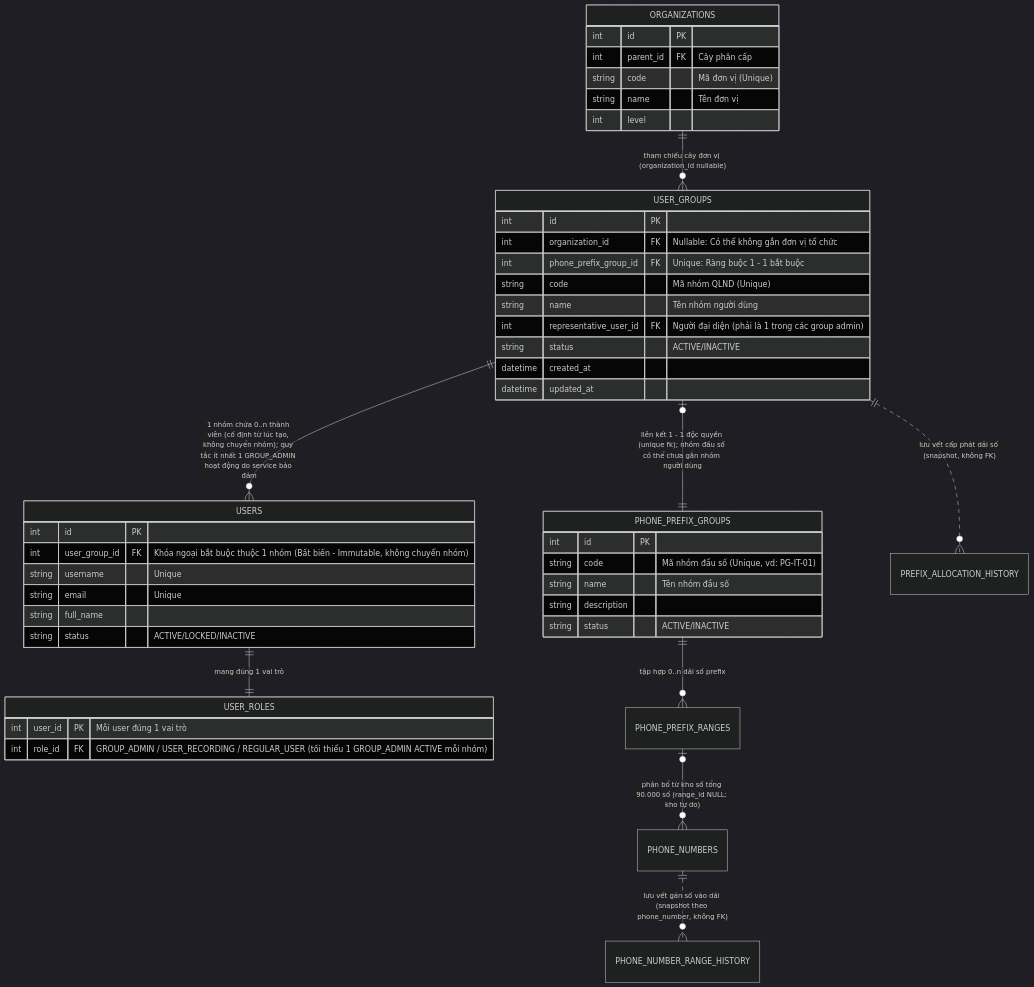
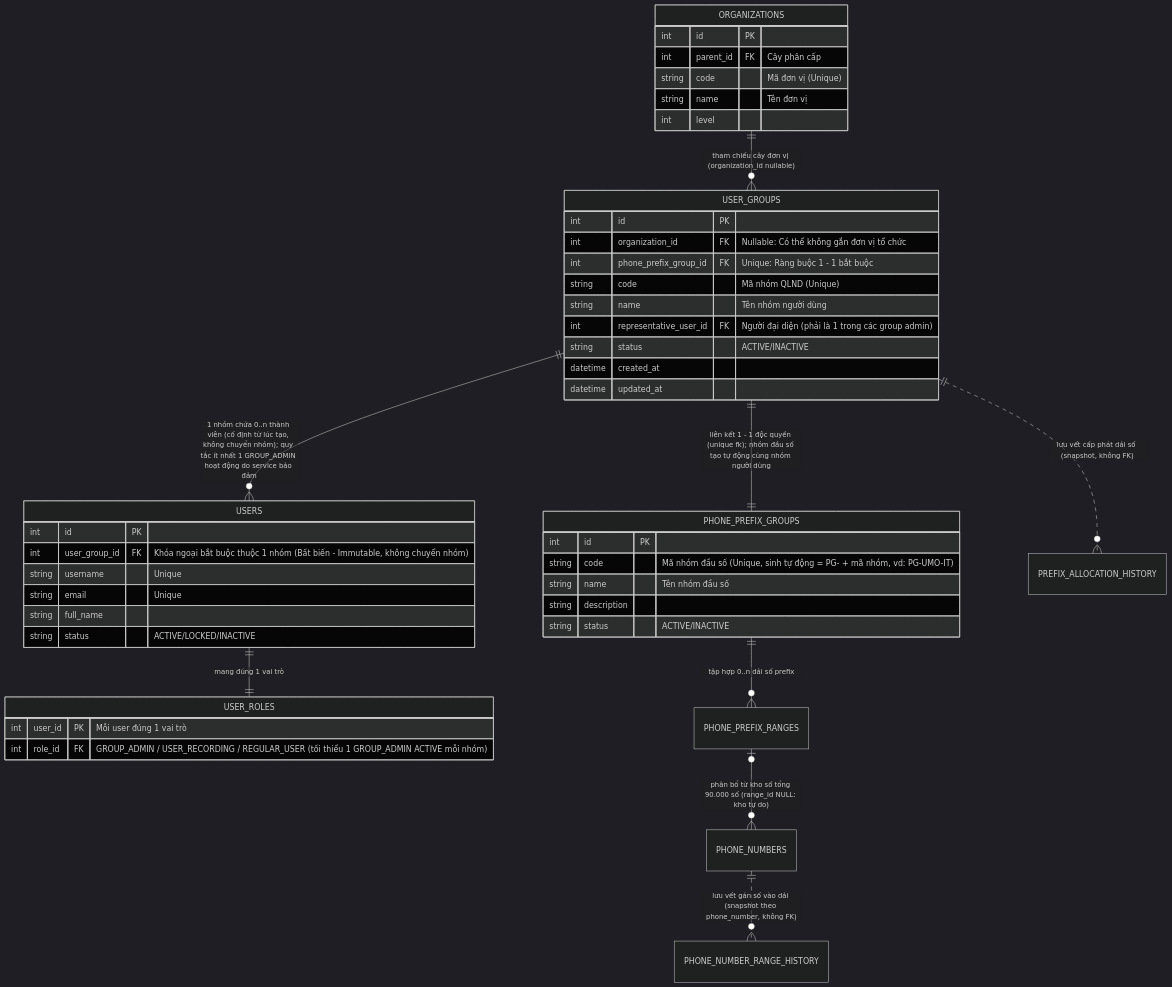
The diagram in docs/modules/02_user_group.md (baobdevnit/evncdras), drawn with Mermaid (dark theme) before and after one commit. The commit also changed other lines of this file and 7 other files, not shown here.

First line of the commit message:
docs: rà soát CSDL lần 10, làm gọn nhóm đầu số và job thống kê

````diff
--- a/docs/modules/02_user_group.md
+++ b/docs/modules/02_user_group.md
@@ -52,53 +52,53 @@
 ```mermaid
 erDiagram
     ORGANIZATIONS ||--o{ USER_GROUPS : "tham chiếu cây đơn vị (organization_id nullable)"
-    USER_GROUPS |o--|| PHONE_PREFIX_GROUPS : "liên kết 1 - 1 độc quyền (unique fk); nhóm đầu số có thể chưa gắn nhóm người dùng"
+    USER_GROUPS ||--|| PHONE_PREFIX_GROUPS : "liên kết 1 - 1 độc quyền (unique fk); nhóm đầu số tạo tự động cùng nhóm người dùng"
     USER_GROUPS ||--o{ USERS : "1 nhóm chứa 0..n thành viên (cố định từ lúc tạo, không chuyển nhóm); quy tắc ít nhất 1 GROUP_ADMIN hoạt động do service bảo đảm"
     USERS ||--|| USER_ROLES : "mang đúng 1 vai trò"
     PHONE_PREFIX_GROUPS ||--o{ PHONE_PREFIX_RANGES : "tập hợp 0..n dải số prefix"
     PHONE_PREFIX_RANGES |o--o{ PHONE_NUMBERS : "phân bổ từ kho số tổng 90.000 số (range_id NULL: kho tự do)"
     USER_GROUPS ||..o{ PREFIX_ALLOCATION_HISTORY : "lưu vết cấp phát dải số (snapshot, không FK)"
     PHONE_NUMBERS ||..o{ PHONE_NUMBER_RANGE_HISTORY : "lưu vết gán số vào dải (snapshot theo phone_number, không FK)"
 
     USER_GROUPS {
         int id PK
         int organization_id FK "Nullable: Có thể không gắn đơn vị tổ chức"
         int phone_prefix_group_id FK "Unique: Ràng buộc 1 - 1 bắt buộc"
         string code "Mã nhóm QLND (Unique)"
         string name "Tên nhóm người dùng"
         int representative_user_id FK "Người đại diện (phải là 1 trong các group admin)"
         string status "ACTIVE/INACTIVE"
         datetime created_at
         datetime updated_at
     }
 
     USERS {
         int id PK
         int user_group_id FK "Khóa ngoại bắt buộc thuộc 1 nhóm (Bất biến - Immutable, không chuyển nhóm)"
         string username "Unique"
         string email "Unique"
         string full_name
         string status "ACTIVE/LOCKED/INACTIVE"
     }
 
     USER_ROLES {
         int user_id PK "Mỗi user đúng 1 vai trò"
         int role_id FK "GROUP_ADMIN / USER_RECORDING / REGULAR_USER (tối thiểu 1 GROUP_ADMIN ACTIVE mỗi nhóm)"
     }
 
     PHONE_PREFIX_GROUPS {
         int id PK
-        string code "Mã nhóm đầu số (Unique, vd: PG-IT-01)"
+        string code "Mã nhóm đầu số (Unique, sinh tự động = PG- + mã nhóm, vd: PG-UMO-IT)"
         string name "Tên nhóm đầu số"
         string description
         string status "ACTIVE/INACTIVE"
     }
 
     ORGANIZATIONS {
         int id PK
         int parent_id FK "Cây phân cấp"
         string code "Mã đơn vị (Unique)"
         string name "Tên đơn vị"
         int level
     }
 ```
````
